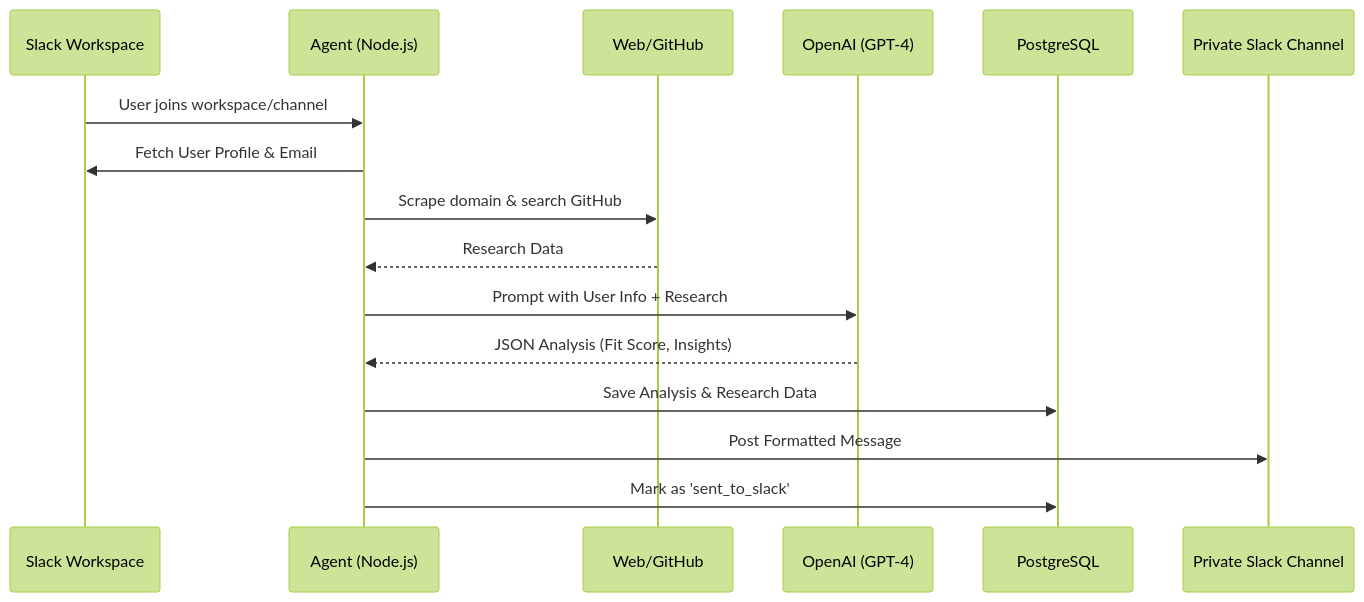
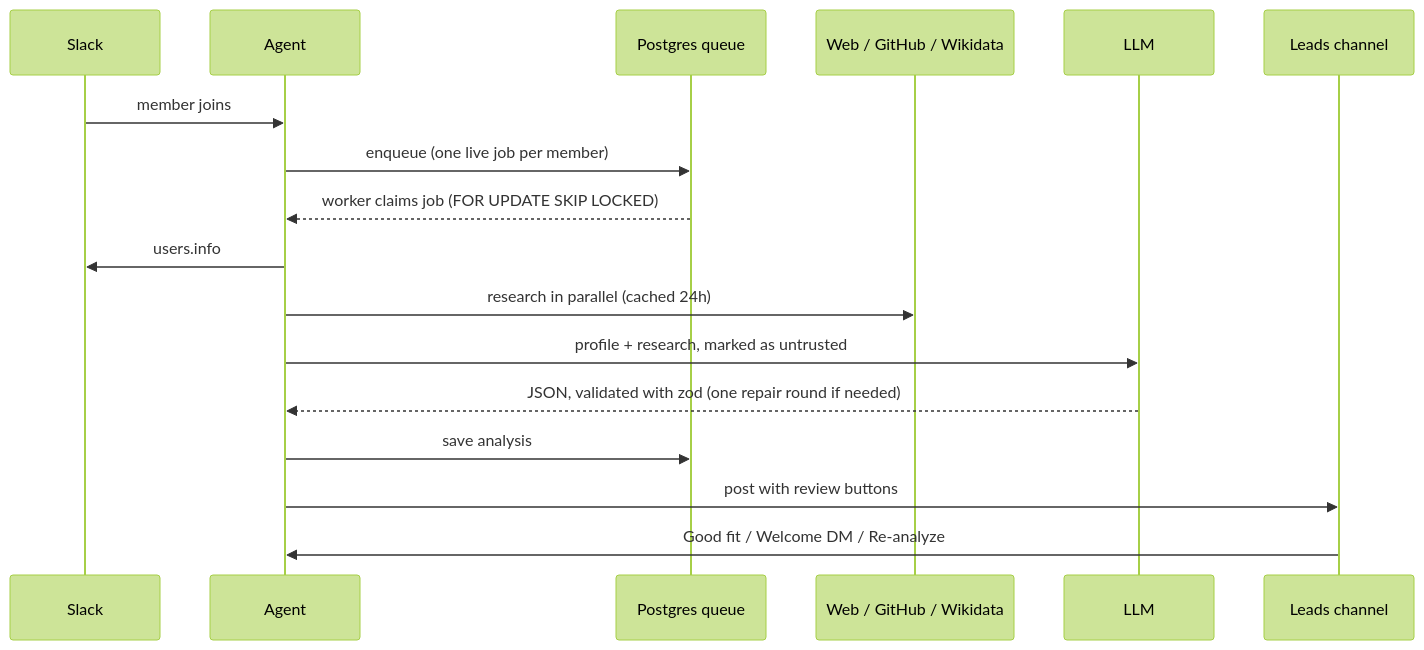
Before and after one commit to RaagulGananathan13/SLACK-AI-AGENT: the second of 2 diagrams in README.md, drawn with Mermaid (forest theme). The commit also changed other lines of this file, not shown here.

````diff
--- a/README.md
+++ b/README.md
@@ -42,19 +62,20 @@
 ```mermaid
 sequenceDiagram
-    participant S as Slack Workspace
-    participant A as Agent (Node.js)
-    participant W as Web/GitHub
-    participant O as OpenAI (GPT-4)
-    participant DB as PostgreSQL
-    participant P as Private Slack Channel
+    participant S as Slack
+    participant A as Agent
+    participant Q as Postgres queue
+    participant R as Web / GitHub / Wikidata
+    participant L as LLM
+    participant P as Leads channel
 
-    S->>A: User joins workspace/channel
-    A->>S: Fetch User Profile & Email
-    A->>W: Scrape domain & search GitHub
-    W-->>A: Research Data
-    A->>O: Prompt with User Info + Research
-    O-->>A: JSON Analysis (Fit Score, Insights)
-    A->>DB: Save Analysis & Research Data
-    A->>P: Post Formatted Message
-    A->>DB: Mark as 'sent_to_slack'
+    S->>A: member joins
+    A->>Q: enqueue (one live job per member)
+    Q-->>A: worker claims job (FOR UPDATE SKIP LOCKED)
+    A->>S: users.info
+    A->>R: research in parallel (cached 24h)
+    A->>L: profile + research, marked as untrusted
+    L-->>A: JSON, validated with zod (one repair round if needed)
+    A->>Q: save analysis
+    A->>P: post with review buttons
+    P->>A: Good fit / Welcome DM / Re-analyze
 ```
````
